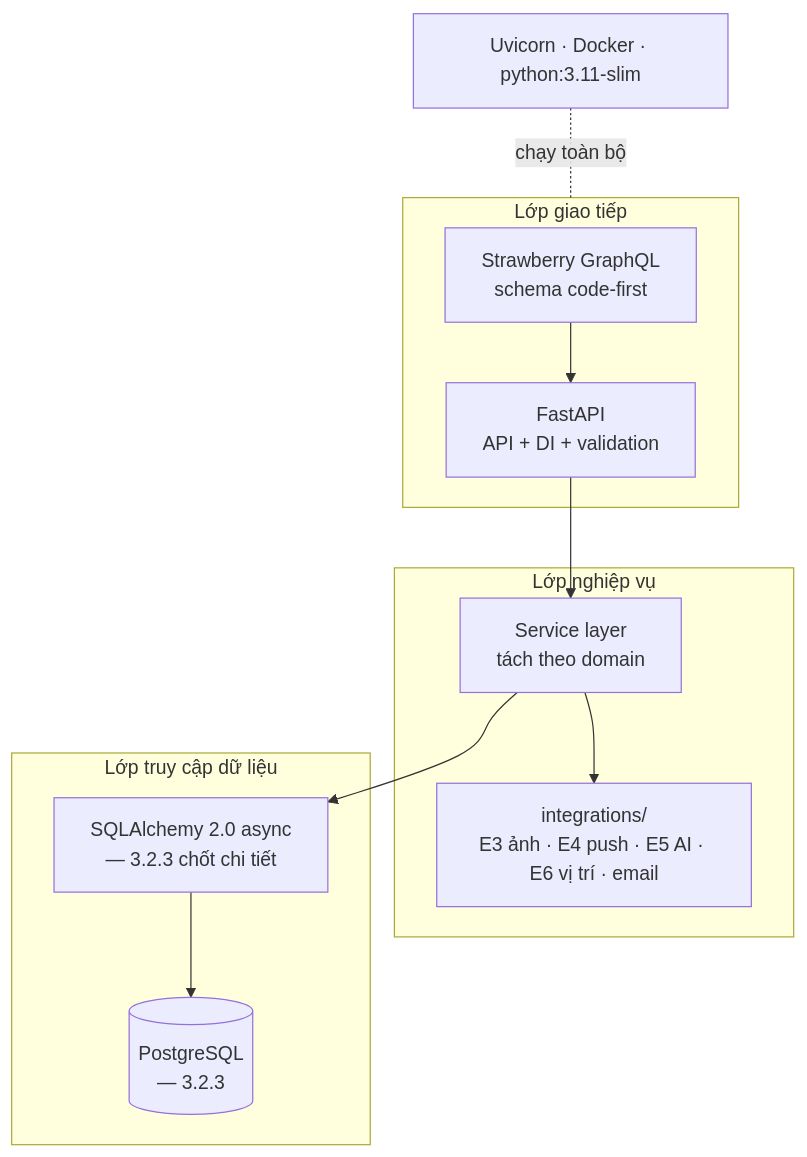
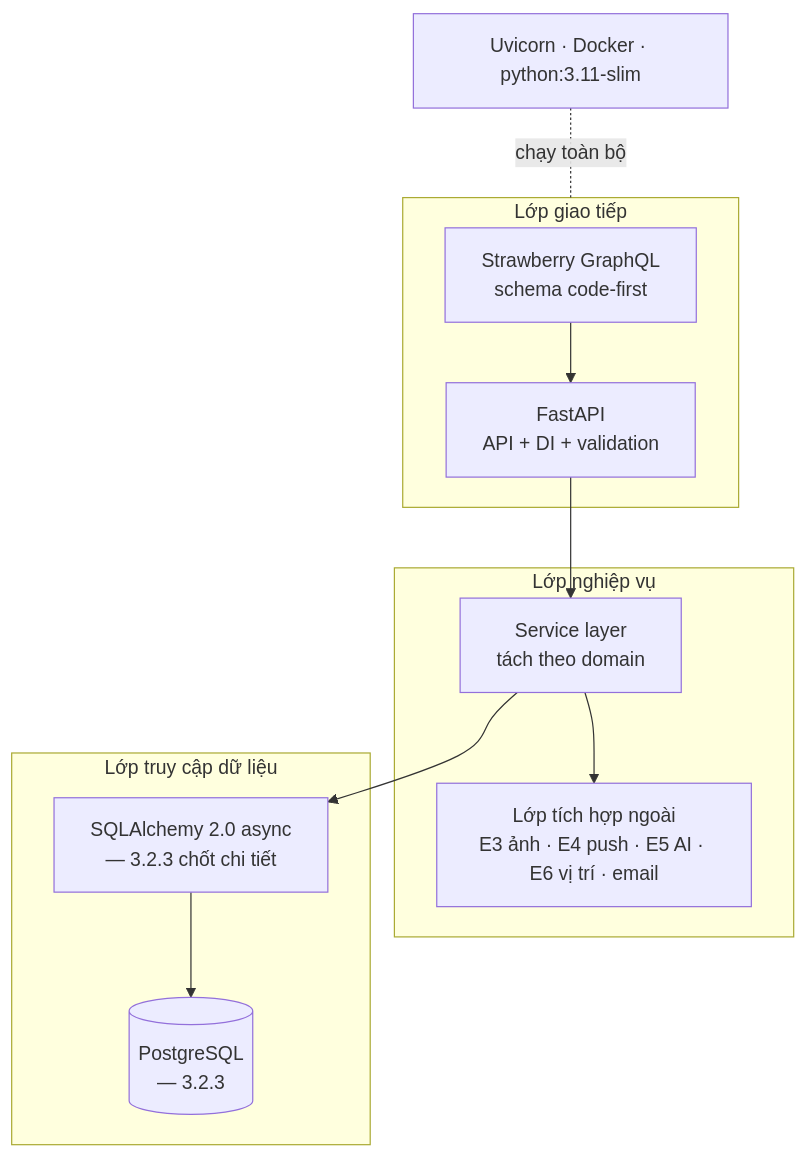
Before and after one commit to anqp5002/ToMateTo: the diagram in docs/kien_truc/4.2-A_quyet_dinh_cong_nghe_BE.md, drawn with Mermaid. The commit also changed other lines of this file, not shown here.

````diff
--- a/docs/kien_truc/4.2-A_quyet_dinh_cong_nghe_BE.md
+++ b/docs/kien_truc/4.2-A_quyet_dinh_cong_nghe_BE.md
@@ -9,18 +9,18 @@
 ```mermaid
 flowchart TB
     subgraph L1[Lớp giao tiếp]
         GQL[Strawberry GraphQL<br/>schema code-first]
         FA[FastAPI<br/>API + DI + validation]
     end
     subgraph L2[Lớp nghiệp vụ]
         SVC[Service layer<br/>tách theo domain]
-        INT[integrations/<br/>E3 ảnh · E4 push · E5 AI · E6 vị trí · email]
+        INT[Lớp tích hợp ngoài<br/>E3 ảnh · E4 push · E5 AI · E6 vị trí · email]
     end
     subgraph L3[Lớp truy cập dữ liệu]
         ORM[SQLAlchemy 2.0 async<br/>— 3.2.3 chốt chi tiết]
         PG[(PostgreSQL<br/>— 3.2.3)]
     end
     GQL --> FA --> SVC --> ORM --> PG
     SVC --> INT
     UV[Uvicorn · Docker · python:3.11-slim] -.chạy toàn bộ.- L1
 ```
````
